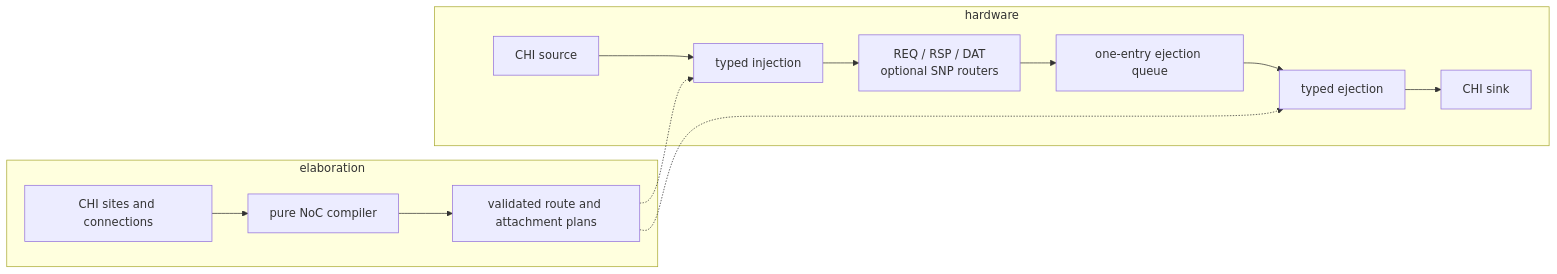
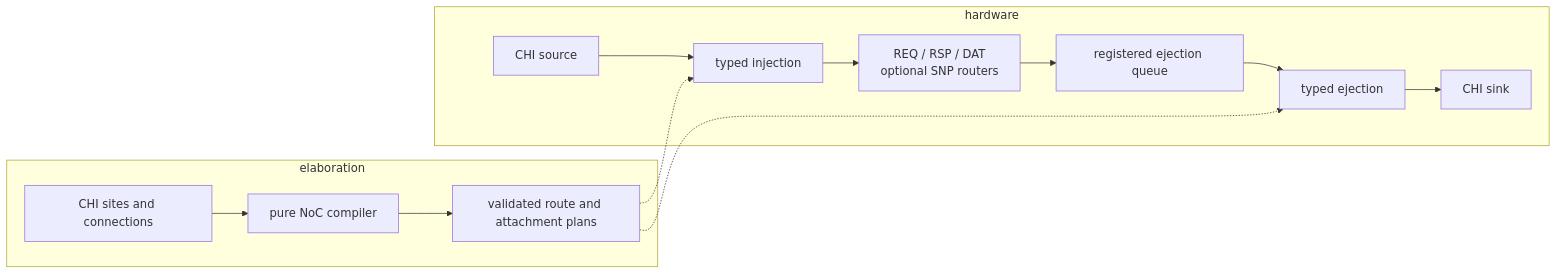
Before and after one commit to jerryz123/rhodium: the diagram in chi/noc/README.md, drawn with Mermaid. The commit also changed other lines of this file and 8 other files, not shown here.

````diff
--- a/chi/noc/README.md
+++ b/chi/noc/README.md
@@ -39,16 +41,16 @@
 ```mermaid
 flowchart LR
   subgraph Host["elaboration"]
     Connections["CHI sites and connections"] --> Compiler["pure NoC compiler"]
     Compiler --> Plans["validated route and attachment plans"]
   end
   subgraph RTL["hardware"]
     Source["CHI source"] --> Inject["typed injection"]
     Inject --> Routers["REQ / RSP / DAT<br/>optional SNP routers"]
-    Routers --> Queue["one-entry ejection queue"]
+    Routers --> Queue["registered ejection queue"]
     Queue --> Eject["typed ejection"]
     Eject --> Sink["CHI sink"]
   end
   Plans -.-> Inject
   Plans -.-> Eject
 ```
````
